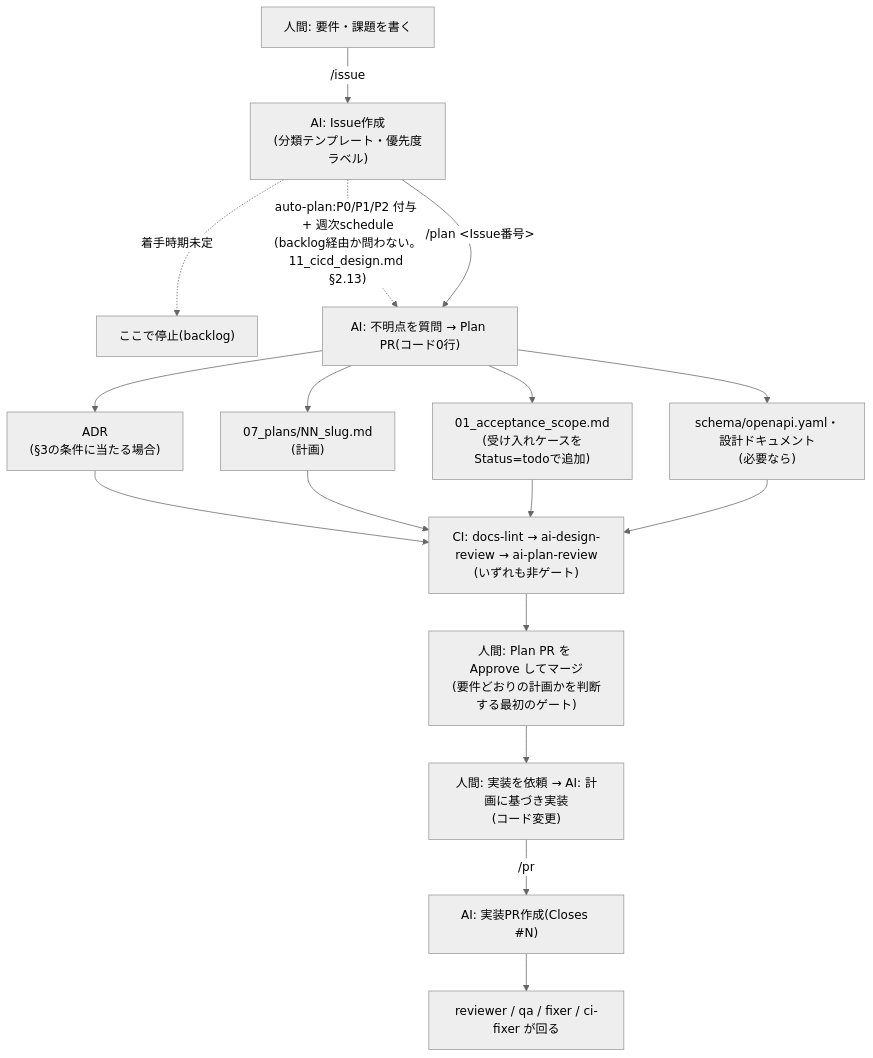
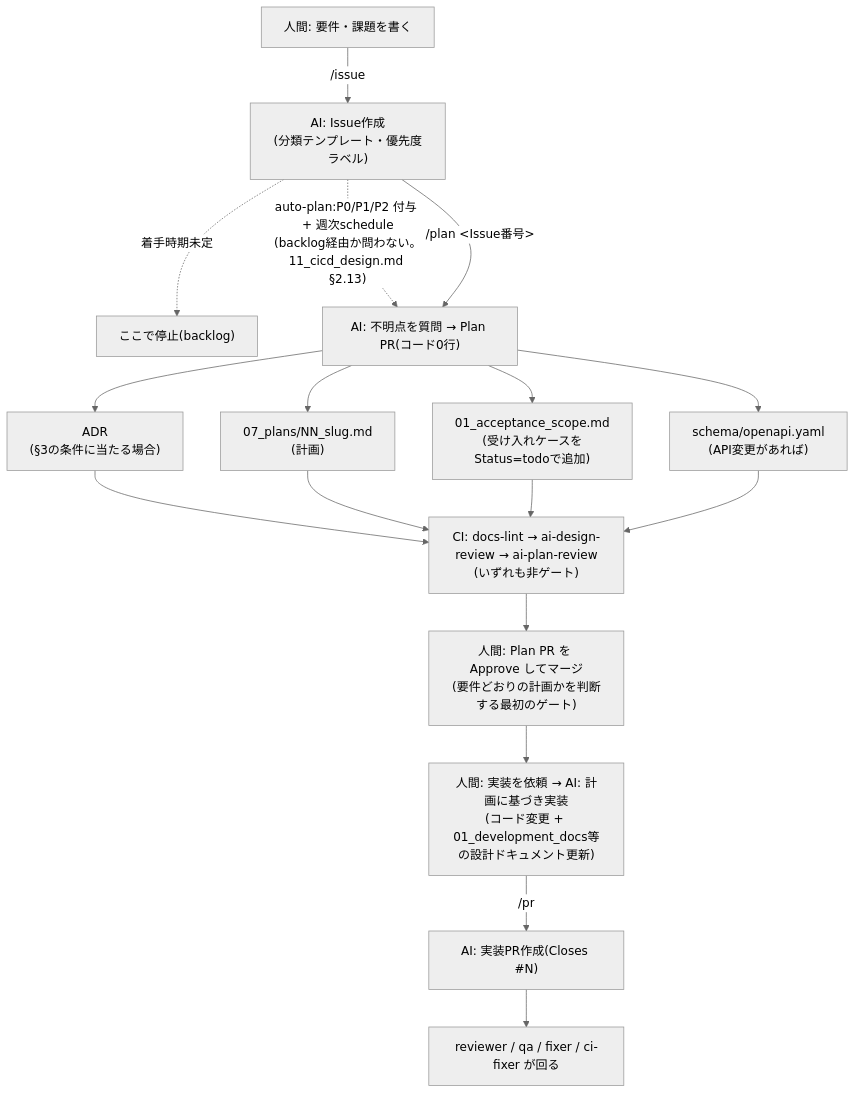
Before and after one commit to ebichan88/swiss-stage: the first of 3 diagrams in .claude/00_project/04_development_process.md, drawn with Mermaid (neutral theme). The commit also changed other lines of this file and 7 other files, not shown here.

````diff
--- a/.claude/00_project/04_development_process.md
+++ b/.claude/00_project/04_development_process.md
@@ -25,19 +25,19 @@
 ```mermaid
 flowchart TD
     A["人間: 要件・課題を書く"] -->|"/issue"| B["AI: Issue作成<br/>(分類テンプレート・優先度ラベル)"]
     B -.->|"着手時期未定"| Z["ここで停止(backlog)"]
     B -.->|"auto-plan:P0/P1/P2 付与 + 週次schedule<br/>(backlog経由か問わない。11_cicd_design.md §2.13)"| C
     B -->|"/plan &lt;Issue番号&gt;"| C["AI: 不明点を質問 → Plan PR(コード0行)"]
     C --> C1["ADR<br/>(§3の条件に当たる場合)"]
     C --> C2["07_plans/NN_slug.md<br/>(計画)"]
     C --> C3["01_acceptance_scope.md<br/>(受け入れケースをStatus=todoで追加)"]
-    C --> C4["schema/openapi.yaml・設計ドキュメント<br/>(必要なら)"]
+    C --> C4["schema/openapi.yaml<br/>(API変更があれば)"]
     C1 --> D["CI: docs-lint → ai-design-review → ai-plan-review<br/>(いずれも非ゲート)"]
     C2 --> D
     C3 --> D
     C4 --> D
     D --> E["人間: Plan PR を Approve してマージ<br/>(要件どおりの計画かを判断する最初のゲート)"]
-    E --> H["人間: 実装を依頼 → AI: 計画に基づき実装<br/>(コード変更)"]
+    E --> H["人間: 実装を依頼 → AI: 計画に基づき実装<br/>(コード変更 + 01_development_docs等の設計ドキュメント更新)"]
     H -->|"/pr"| F["AI: 実装PR作成(Closes #N)"]
     F --> G["reviewer / qa / fixer / ci-fixer が回る"]
 ```
````
